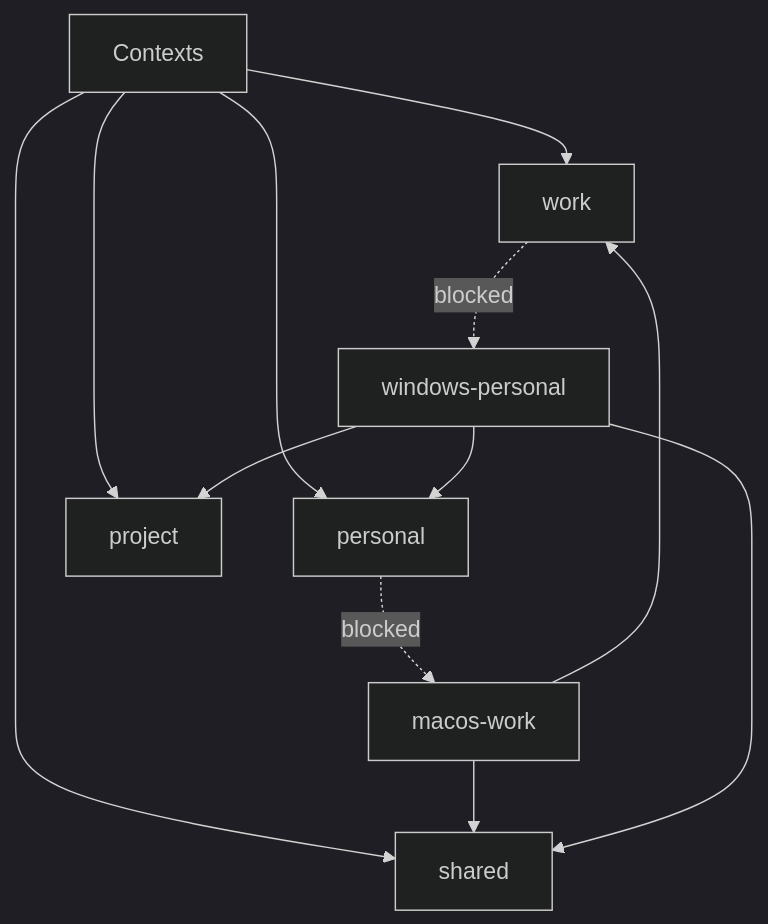
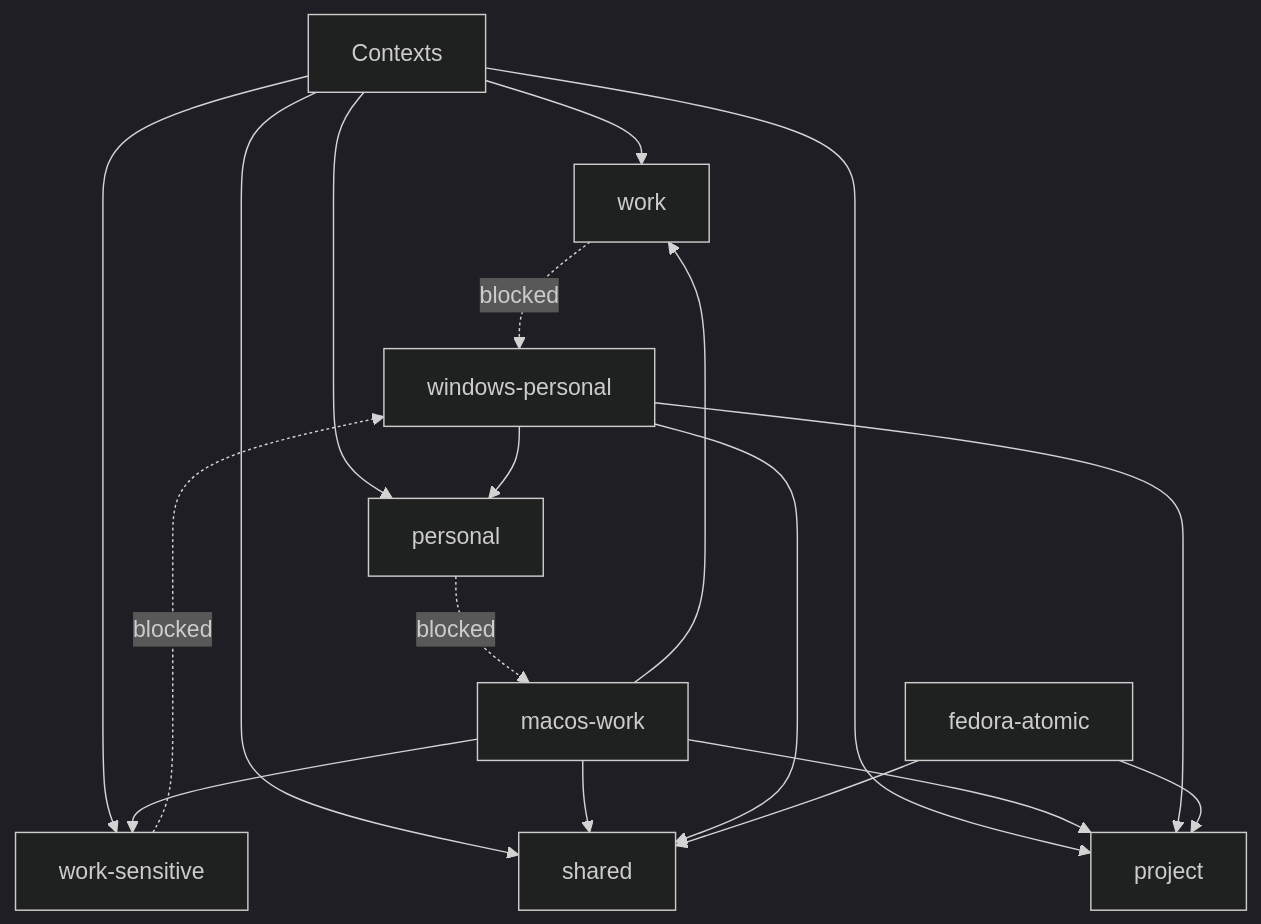
Before and after one commit to Deim0s13/ai-lab: the third of 3 diagrams in docs/06-profiles.md, drawn with Mermaid (dark theme). The commit also changed other lines of this file, not shown here.

````diff
--- a/docs/06-profiles.md
+++ b/docs/06-profiles.md
@@ -591,27 +643,36 @@
 ```mermaid id="5plk22"
 flowchart TD
     Contexts[Contexts]
 
     Work[work]
+    WorkSensitive[work-sensitive]
     Personal[personal]
     Shared[shared]
     Project[project]
 
     Mac[macos-work]
     Win[windows-personal]
+    Fedora[fedora-atomic]
 
     Contexts --> Work
+    Contexts --> WorkSensitive
     Contexts --> Personal
     Contexts --> Shared
     Contexts --> Project
 
     Mac --> Work
+    Mac --> WorkSensitive
     Mac --> Shared
+    Mac --> Project
 
     Win --> Personal
     Win --> Shared
     Win --> Project
 
+    Fedora --> Project
+    Fedora --> Shared
+
     Work -. blocked .-> Win
+    WorkSensitive -. blocked .-> Win
     Personal -. blocked .-> Mac
 ```
````
